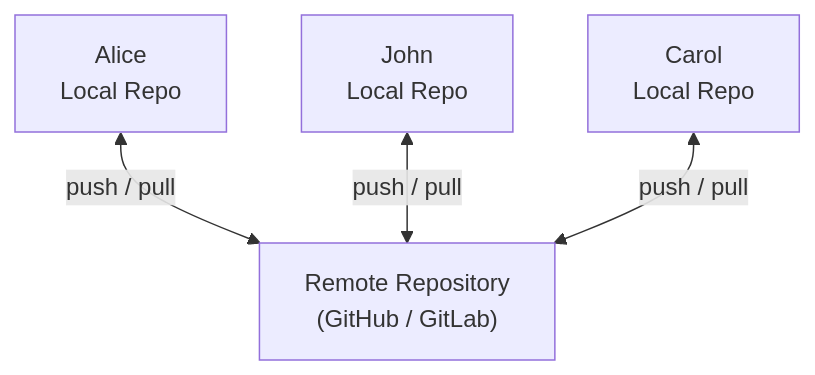
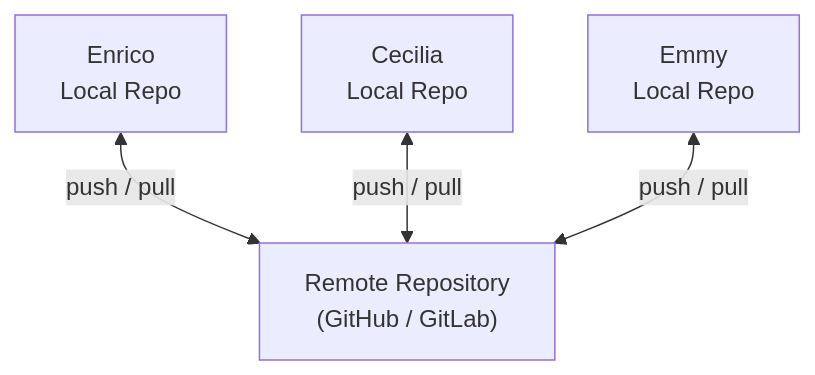
The tenth of 21 diagrams in slides.md (lizsalmon/iCSC-Git-talk), drawn with Mermaid before and after one commit. The commit also changed other lines of this file and 1 other file, not shown here.

````diff
--- a/slides.md
+++ b/slides.md
@@ -534,13 +550,13 @@
 ```mermaid
 graph TD
   Remote["Remote Repository<br/>(GitHub / GitLab)"]
 
-  DevA["Alice<br/>Local Repo"]
-  DevB["John<br/>Local Repo"]
-  DevC["Carol<br/>Local Repo"]
+  DevA["Enrico<br/>Local Repo"]
+  DevB["Cecilia<br/>Local Repo"]
+  DevC["Emmy<br/>Local Repo"]
 
   DevA <-->|push / pull| Remote
   DevB <-->|push / pull| Remote
   DevC <-->|push / pull| Remote
 
 ```
````
